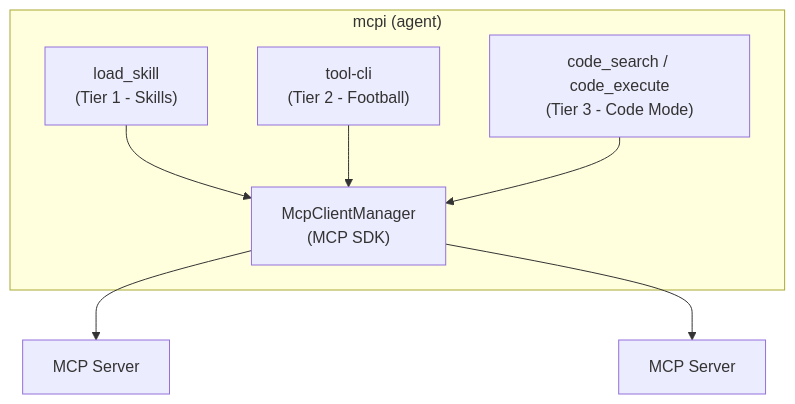
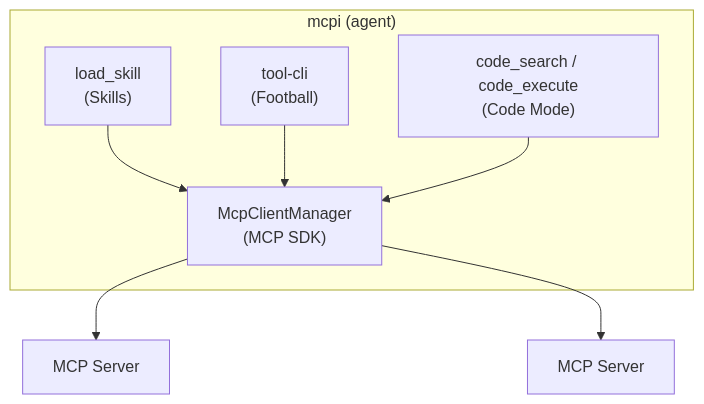
Before and after one commit to SamMorrowDrums/cv: the diagram in _blog/progressive-discovery-in-mcp-part-5.md, drawn with Mermaid. The commit also changed other lines of this file and 2 other files, not shown here.

````diff
--- a/_blog/progressive-discovery-in-mcp-part-5.md
+++ b/_blog/progressive-discovery-in-mcp-part-5.md
@@ -31,14 +49,14 @@
 ```mermaid
 flowchart TD
     subgraph mcpi["mcpi (agent)"]
-        T1["load_skill\n(Tier 1 - Skills)"]
-        T2["tool-cli\n(Tier 2 - Football)"]
-        T3["code_search / code_execute\n(Tier 3 - Code Mode)"]
-        MCM["McpClientManager\n(MCP SDK)"]
+        T1["load_skill<br/>(Skills)"]
+        T2["tool-cli<br/>(Football)"]
+        T3["code_search / code_execute<br/>(Code Mode)"]
+        MCM["McpClientManager<br/>(MCP SDK)"]
         T1 --> MCM
         T2 --> MCM
         T3 --> MCM
     end
     MCM --> S1["MCP Server"]
     MCM --> S2["MCP Server"]
 ```
````
